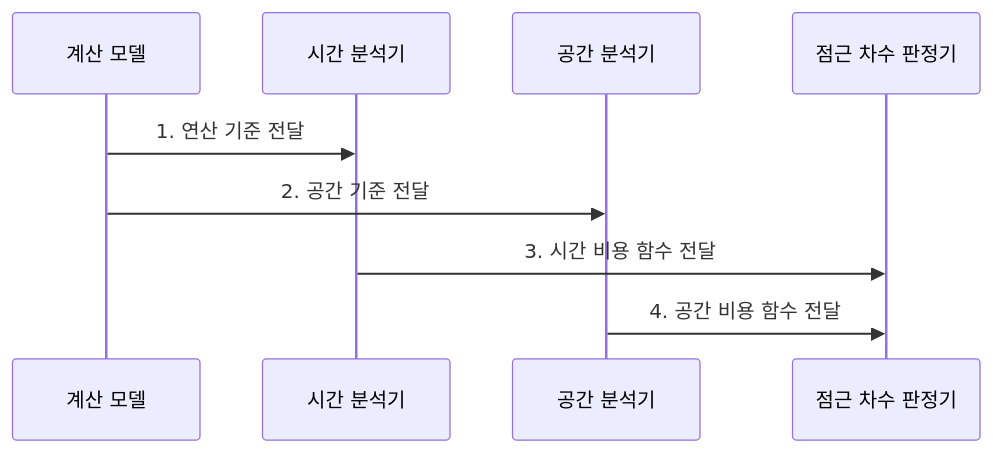
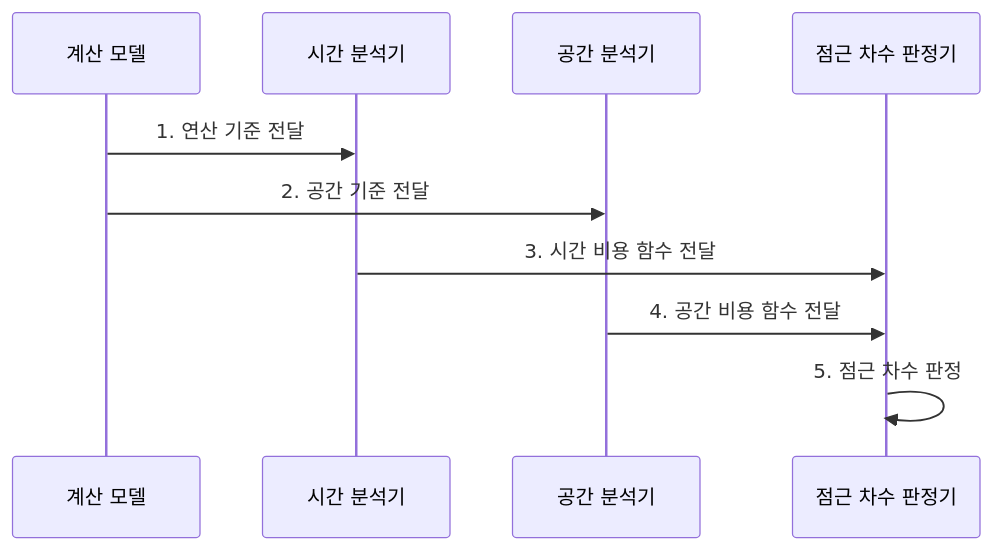
One commit to agnusdei1207/knowledge-base changed the second of 2 diagrams in src/content/docs/notes/01-basic-theory/001_time_space_complexity.md. Above: the diagram before and after it, drawn with Mermaid. The commit also changed other lines of this file and 6 other files, not shown here.

````diff
--- a/src/content/docs/notes/01-basic-theory/001_time_space_complexity.md
+++ b/src/content/docs/notes/01-basic-theory/001_time_space_complexity.md
@@ -113,11 +113,12 @@
 ```mermaid
 sequenceDiagram
     participant M as 계산 모델
     participant T as 시간 분석기
     participant S as 공간 분석기
     participant O as 점근 차수 판정기
     M->>T: 1. 연산 기준 전달
     M->>S: 2. 공간 기준 전달
     T->>O: 3. 시간 비용 함수 전달
     S->>O: 4. 공간 비용 함수 전달
+    O->>O: 5. 점근 차수 판정
 ```
````
